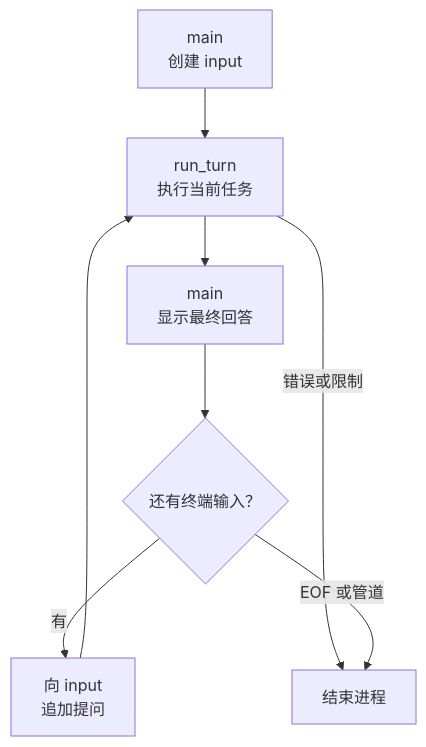
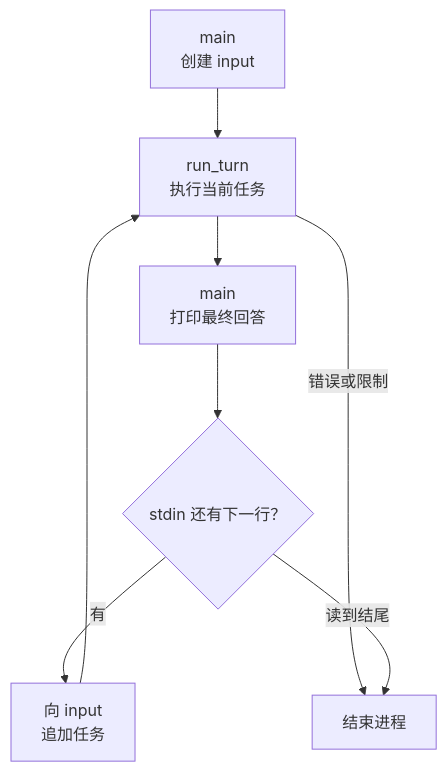
The diagram in tutorial/v1/06-conversation.md (eriklee1895/crabloop), drawn with Mermaid before and after one commit. The commit also changed other lines of this file and 15 other files, not shown here.

````diff
--- a/tutorial/v1/06-conversation.md
+++ b/tutorial/v1/06-conversation.md
@@ -74,10 +62,10 @@
 ```mermaid
 flowchart TD
     A["main<br/>创建 input"] --> B["run_turn<br/>执行当前任务"]
-    B --> C["main<br/>显示最终回答"]
+    B --> C["main<br/>打印最终回答"]
     B -->|错误或限制| F["结束进程"]
-    C --> D{"还有终端输入？"}
-    D -- 有 --> E["向 input<br/>追加提问"]
+    C --> D{"stdin 还有下一行？"}
+    D -- 有 --> E["向 input<br/>追加任务"]
     E --> B
-    D -- EOF 或管道 --> F
+    D -- 读到结尾 --> F
 ```
````
